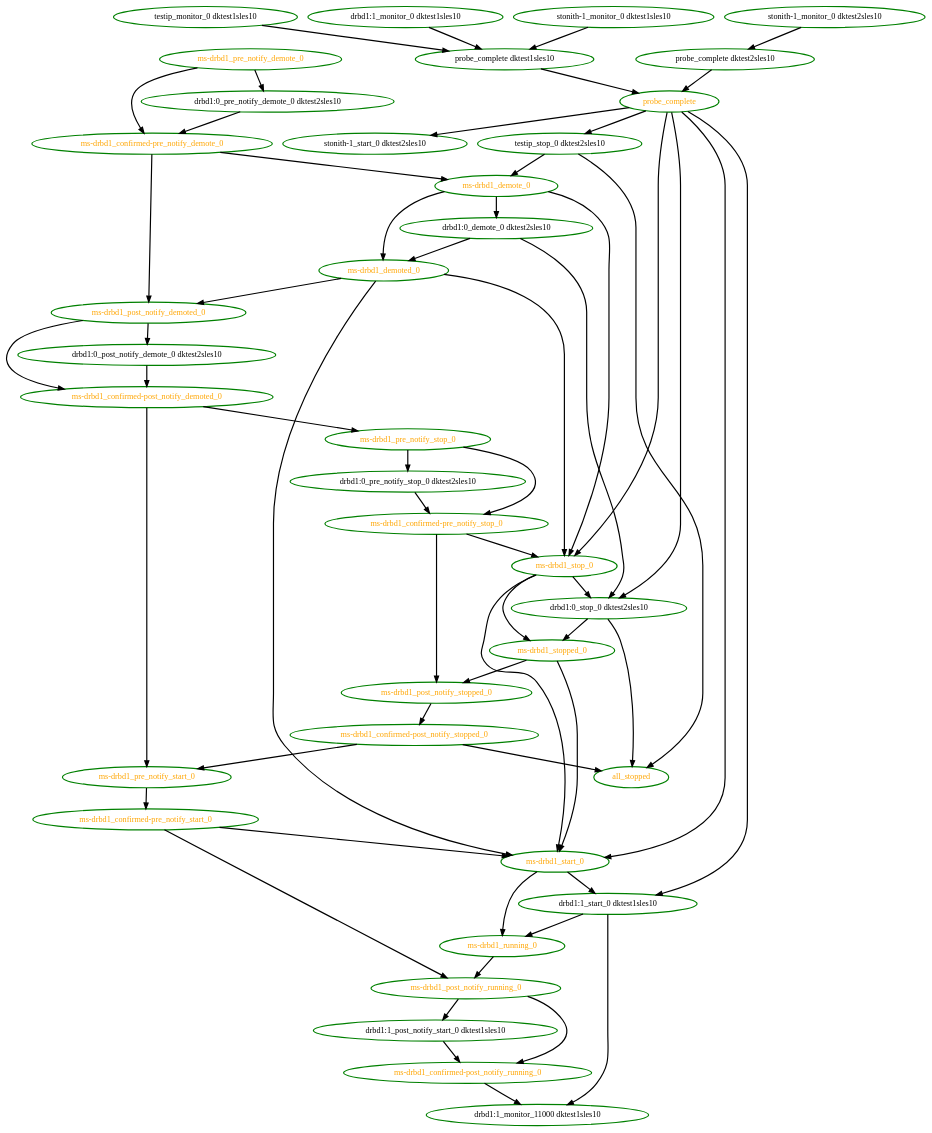
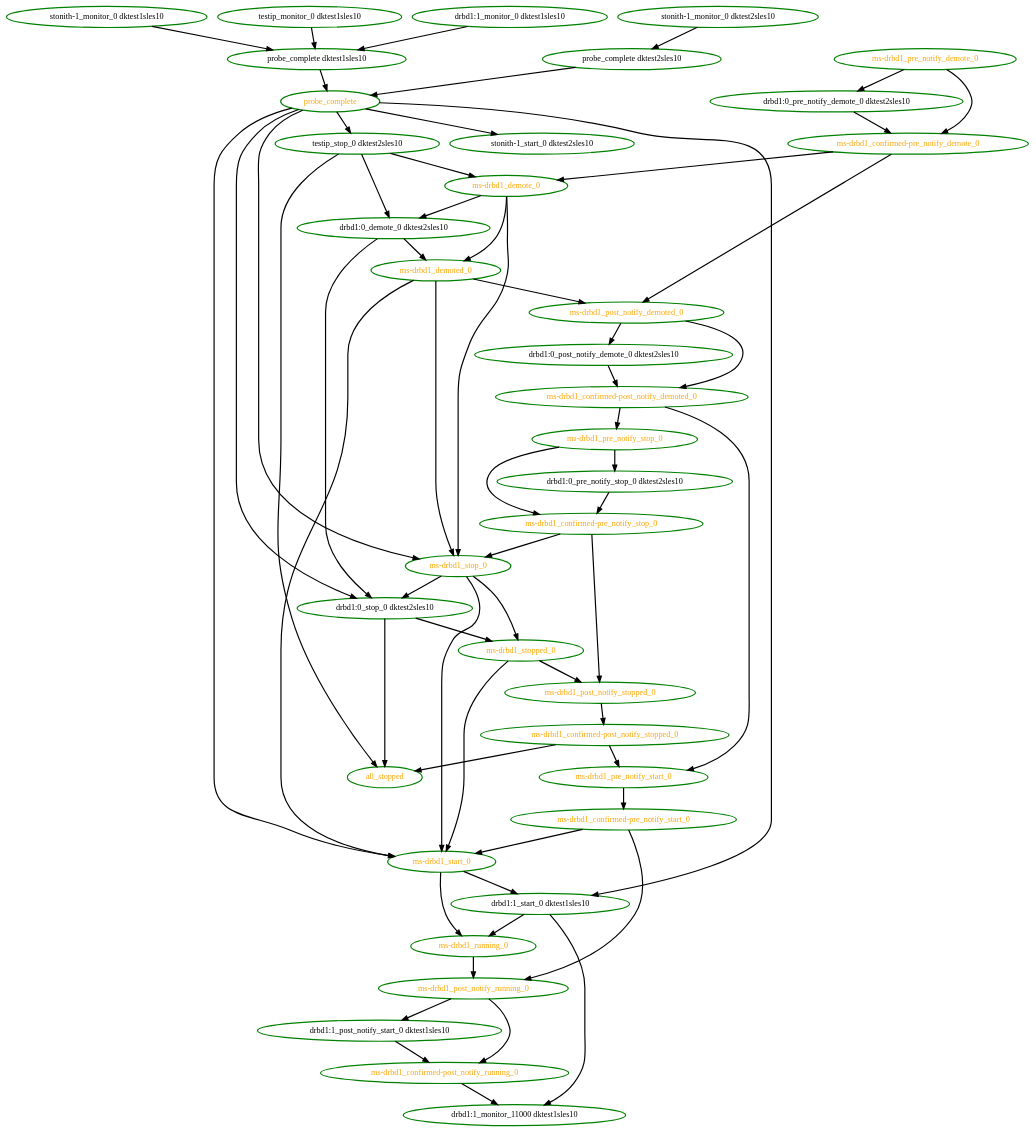
Before and after one commit to linux-ha-japan/pm_diskd: the diagram in pengine/test10/clone-no-shuffle.dot, drawn with Graphviz. The commit also changed 38 other files, not shown here.

```diff
--- a/pengine/test10/clone-no-shuffle.dot
+++ b/pengine/test10/clone-no-shuffle.dot
@@ -1,97 +1,98 @@
 digraph "g" {
 "all_stopped" [ style=bold color="green" fontcolor="orange"  ]
 "drbd1:0_demote_0 dktest2sles10" -> "drbd1:0_stop_0 dktest2sles10" [ style = bold]
 "drbd1:0_demote_0 dktest2sles10" -> "ms-drbd1_demoted_0" [ style = bold]
 "drbd1:0_demote_0 dktest2sles10" [ style=bold color="green" fontcolor="black"  ]
 "drbd1:0_post_notify_demote_0 dktest2sles10" -> "ms-drbd1_confirmed-post_notify_demoted_0" [ style = bold]
 "drbd1:0_post_notify_demote_0 dktest2sles10" [ style=bold color="green" fontcolor="black"  ]
 "drbd1:0_pre_notify_demote_0 dktest2sles10" -> "ms-drbd1_confirmed-pre_notify_demote_0" [ style = bold]
 "drbd1:0_pre_notify_demote_0 dktest2sles10" [ style=bold color="green" fontcolor="black"  ]
 "drbd1:0_pre_notify_stop_0 dktest2sles10" -> "ms-drbd1_confirmed-pre_notify_stop_0" [ style = bold]
 "drbd1:0_pre_notify_stop_0 dktest2sles10" [ style=bold color="green" fontcolor="black"  ]
 "drbd1:0_stop_0 dktest2sles10" -> "all_stopped" [ style = bold]
 "drbd1:0_stop_0 dktest2sles10" -> "ms-drbd1_stopped_0" [ style = bold]
 "drbd1:0_stop_0 dktest2sles10" [ style=bold color="green" fontcolor="black"  ]
 "drbd1:1_monitor_0 dktest1sles10" -> "probe_complete dktest1sles10" [ style = bold]
 "drbd1:1_monitor_0 dktest1sles10" [ style=bold color="green" fontcolor="black"  ]
 "drbd1:1_monitor_11000 dktest1sles10" [ style=bold color="green" fontcolor="black"  ]
 "drbd1:1_post_notify_start_0 dktest1sles10" -> "ms-drbd1_confirmed-post_notify_running_0" [ style = bold]
 "drbd1:1_post_notify_start_0 dktest1sles10" [ style=bold color="green" fontcolor="black"  ]
 "drbd1:1_start_0 dktest1sles10" -> "drbd1:1_monitor_11000 dktest1sles10" [ style = bold]
 "drbd1:1_start_0 dktest1sles10" -> "ms-drbd1_running_0" [ style = bold]
 "drbd1:1_start_0 dktest1sles10" [ style=bold color="green" fontcolor="black"  ]
 "ms-drbd1_confirmed-post_notify_demoted_0" -> "ms-drbd1_pre_notify_start_0" [ style = bold]
 "ms-drbd1_confirmed-post_notify_demoted_0" -> "ms-drbd1_pre_notify_stop_0" [ style = bold]
 "ms-drbd1_confirmed-post_notify_demoted_0" [ style=bold color="green" fontcolor="orange"  ]
 "ms-drbd1_confirmed-post_notify_running_0" -> "drbd1:1_monitor_11000 dktest1sles10" [ style = bold]
 "ms-drbd1_confirmed-post_notify_running_0" [ style=bold color="green" fontcolor="orange"  ]
 "ms-drbd1_confirmed-post_notify_stopped_0" -> "all_stopped" [ style = bold]
 "ms-drbd1_confirmed-post_notify_stopped_0" -> "ms-drbd1_pre_notify_start_0" [ style = bold]
 "ms-drbd1_confirmed-post_notify_stopped_0" [ style=bold color="green" fontcolor="orange"  ]
 "ms-drbd1_confirmed-pre_notify_demote_0" -> "ms-drbd1_demote_0" [ style = bold]
 "ms-drbd1_confirmed-pre_notify_demote_0" -> "ms-drbd1_post_notify_demoted_0" [ style = bold]
 "ms-drbd1_confirmed-pre_notify_demote_0" [ style=bold color="green" fontcolor="orange"  ]
 "ms-drbd1_confirmed-pre_notify_start_0" -> "ms-drbd1_post_notify_running_0" [ style = bold]
 "ms-drbd1_confirmed-pre_notify_start_0" -> "ms-drbd1_start_0" [ style = bold]
 "ms-drbd1_confirmed-pre_notify_start_0" [ style=bold color="green" fontcolor="orange"  ]
 "ms-drbd1_confirmed-pre_notify_stop_0" -> "ms-drbd1_post_notify_stopped_0" [ style = bold]
 "ms-drbd1_confirmed-pre_notify_stop_0" -> "ms-drbd1_stop_0" [ style = bold]
 "ms-drbd1_confirmed-pre_notify_stop_0" [ style=bold color="green" fontcolor="orange"  ]
 "ms-drbd1_demote_0" -> "drbd1:0_demote_0 dktest2sles10" [ style = bold]
 "ms-drbd1_demote_0" -> "ms-drbd1_demoted_0" [ style = bold]
 "ms-drbd1_demote_0" -> "ms-drbd1_stop_0" [ style = bold]
 "ms-drbd1_demote_0" [ style=bold color="green" fontcolor="orange"  ]
 "ms-drbd1_demoted_0" -> "ms-drbd1_post_notify_demoted_0" [ style = bold]
 "ms-drbd1_demoted_0" -> "ms-drbd1_start_0" [ style = bold]
 "ms-drbd1_demoted_0" -> "ms-drbd1_stop_0" [ style = bold]
 "ms-drbd1_demoted_0" [ style=bold color="green" fontcolor="orange"  ]
 "ms-drbd1_post_notify_demoted_0" -> "drbd1:0_post_notify_demote_0 dktest2sles10" [ style = bold]
 "ms-drbd1_post_notify_demoted_0" -> "ms-drbd1_confirmed-post_notify_demoted_0" [ style = bold]
 "ms-drbd1_post_notify_demoted_0" [ style=bold color="green" fontcolor="orange"  ]
 "ms-drbd1_post_notify_running_0" -> "drbd1:1_post_notify_start_0 dktest1sles10" [ style = bold]
 "ms-drbd1_post_notify_running_0" -> "ms-drbd1_confirmed-post_notify_running_0" [ style = bold]
 "ms-drbd1_post_notify_running_0" [ style=bold color="green" fontcolor="orange"  ]
 "ms-drbd1_post_notify_stopped_0" -> "ms-drbd1_confirmed-post_notify_stopped_0" [ style = bold]
 "ms-drbd1_post_notify_stopped_0" [ style=bold color="green" fontcolor="orange"  ]
 "ms-drbd1_pre_notify_demote_0" -> "drbd1:0_pre_notify_demote_0 dktest2sles10" [ style = bold]
 "ms-drbd1_pre_notify_demote_0" -> "ms-drbd1_confirmed-pre_notify_demote_0" [ style = bold]
 "ms-drbd1_pre_notify_demote_0" [ style=bold color="green" fontcolor="orange"  ]
 "ms-drbd1_pre_notify_start_0" -> "ms-drbd1_confirmed-pre_notify_start_0" [ style = bold]
 "ms-drbd1_pre_notify_start_0" [ style=bold color="green" fontcolor="orange"  ]
 "ms-drbd1_pre_notify_stop_0" -> "drbd1:0_pre_notify_stop_0 dktest2sles10" [ style = bold]
 "ms-drbd1_pre_notify_stop_0" -> "ms-drbd1_confirmed-pre_notify_stop_0" [ style = bold]
 "ms-drbd1_pre_notify_stop_0" [ style=bold color="green" fontcolor="orange"  ]
 "ms-drbd1_running_0" -> "ms-drbd1_post_notify_running_0" [ style = bold]
 "ms-drbd1_running_0" [ style=bold color="green" fontcolor="orange"  ]
 "ms-drbd1_start_0" -> "drbd1:1_start_0 dktest1sles10" [ style = bold]
 "ms-drbd1_start_0" -> "ms-drbd1_running_0" [ style = bold]
 "ms-drbd1_start_0" [ style=bold color="green" fontcolor="orange"  ]
 "ms-drbd1_stop_0" -> "drbd1:0_stop_0 dktest2sles10" [ style = bold]
 "ms-drbd1_stop_0" -> "ms-drbd1_start_0" [ style = bold]
 "ms-drbd1_stop_0" -> "ms-drbd1_stopped_0" [ style = bold]
 "ms-drbd1_stop_0" [ style=bold color="green" fontcolor="orange"  ]
 "ms-drbd1_stopped_0" -> "ms-drbd1_post_notify_stopped_0" [ style = bold]
 "ms-drbd1_stopped_0" -> "ms-drbd1_start_0" [ style = bold]
 "ms-drbd1_stopped_0" [ style=bold color="green" fontcolor="orange"  ]
 "probe_complete dktest1sles10" -> "probe_complete" [ style = bold]
 "probe_complete dktest1sles10" [ style=bold color="green" fontcolor="black"  ]
 "probe_complete dktest2sles10" -> "probe_complete" [ style = bold]
 "probe_complete dktest2sles10" [ style=bold color="green" fontcolor="black"  ]
 "probe_complete" -> "drbd1:0_stop_0 dktest2sles10" [ style = bold]
 "probe_complete" -> "drbd1:1_start_0 dktest1sles10" [ style = bold]
 "probe_complete" -> "ms-drbd1_start_0" [ style = bold]
 "probe_complete" -> "ms-drbd1_stop_0" [ style = bold]
 "probe_complete" -> "stonith-1_start_0 dktest2sles10" [ style = bold]
 "probe_complete" -> "testip_stop_0 dktest2sles10" [ style = bold]
 "probe_complete" [ style=bold color="green" fontcolor="orange"  ]
 "stonith-1_monitor_0 dktest1sles10" -> "probe_complete dktest1sles10" [ style = bold]
 "stonith-1_monitor_0 dktest1sles10" [ style=bold color="green" fontcolor="black"  ]
 "stonith-1_monitor_0 dktest2sles10" -> "probe_complete dktest2sles10" [ style = bold]
 "stonith-1_monitor_0 dktest2sles10" [ style=bold color="green" fontcolor="black"  ]
 "stonith-1_start_0 dktest2sles10" [ style=bold color="green" fontcolor="black"  ]
 "testip_monitor_0 dktest1sles10" -> "probe_complete dktest1sles10" [ style = bold]
 "testip_monitor_0 dktest1sles10" [ style=bold color="green" fontcolor="black"  ]
 "testip_stop_0 dktest2sles10" -> "all_stopped" [ style = bold]
+"testip_stop_0 dktest2sles10" -> "drbd1:0_demote_0 dktest2sles10" [ style = bold]
 "testip_stop_0 dktest2sles10" -> "ms-drbd1_demote_0" [ style = bold]
 "testip_stop_0 dktest2sles10" [ style=bold color="green" fontcolor="black"  ]
 }
```
